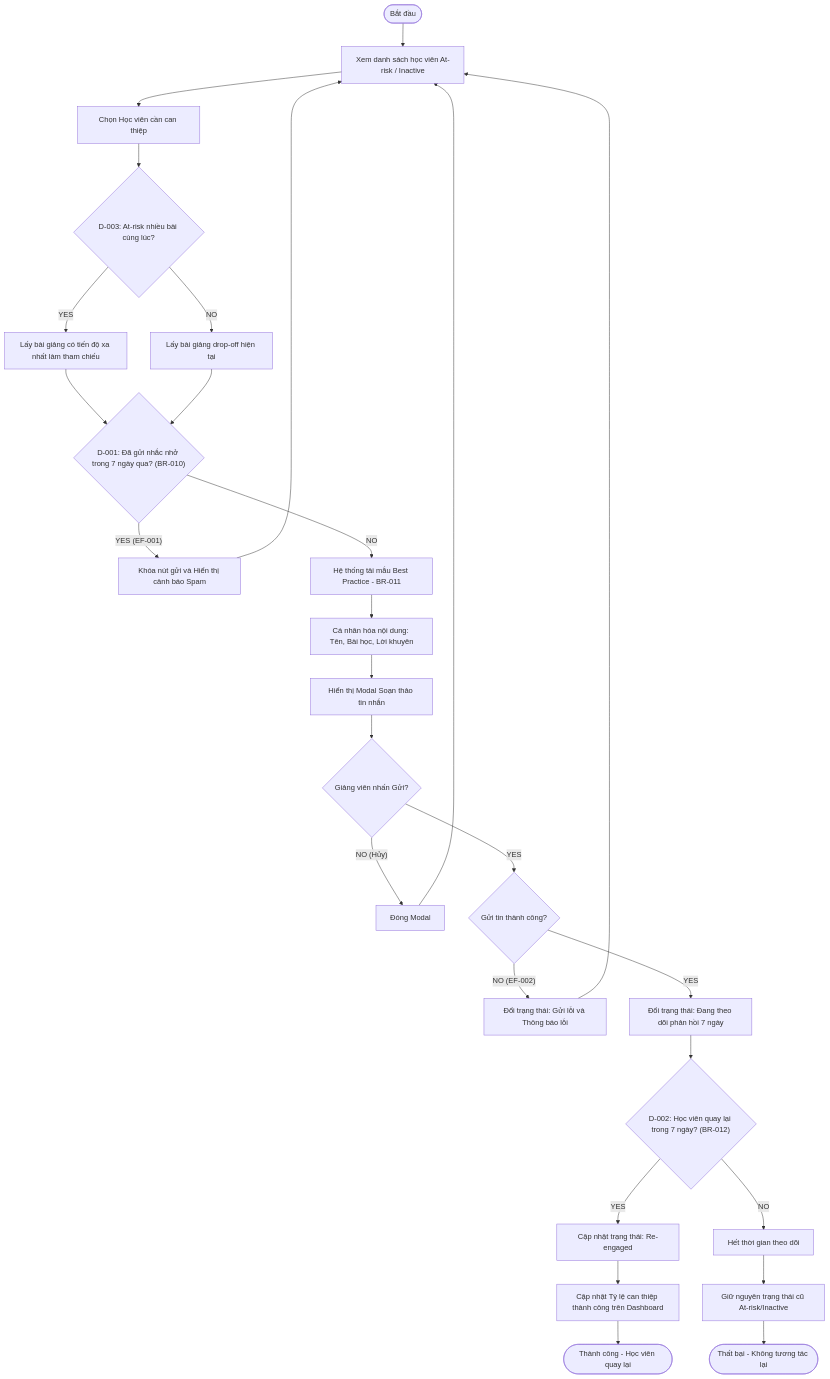
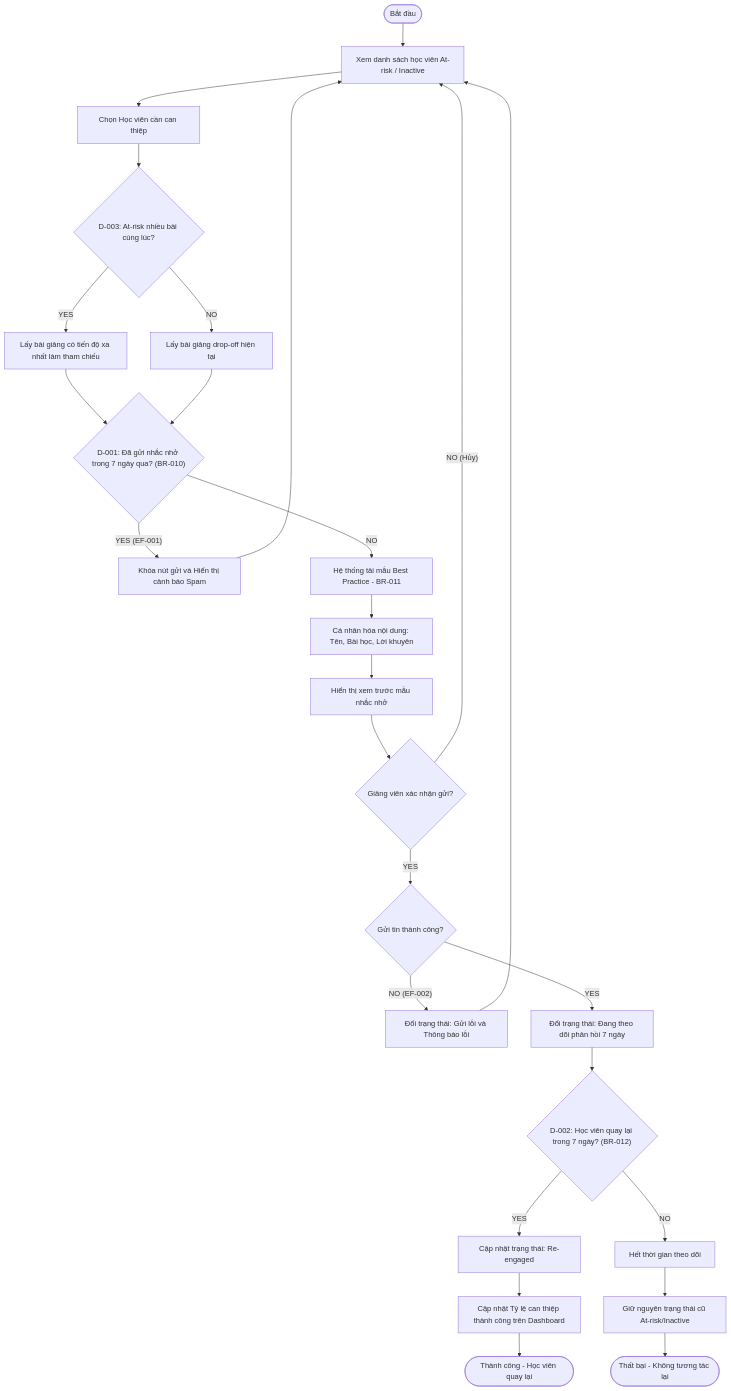
One commit to thungoc123/wetransform_udemy changed the diagram in phase_3_solution_design/wriframe/userflow/UF-004_Student_Intervention.md. Above: the diagram before and after it, drawn with Mermaid. The commit also changed other lines of this file and 5 other files, not shown here.

````diff
--- a/phase_3_solution_design/wriframe/userflow/UF-004_Student_Intervention.md
+++ b/phase_3_solution_design/wriframe/userflow/UF-004_Student_Intervention.md
@@ -115,32 +114,30 @@
 ```mermaid
 flowchart TD
     Start([Bắt đầu]) --> ViewList[Xem danh sách học viên At-risk / Inactive]
     ViewList --> SelectStudent[Chọn Học viên cần can thiệp]
 
     SelectStudent --> CheckMultiRisk{D-003: At-risk nhiều bài cùng lúc?}
     CheckMultiRisk -- YES --> MergeRisk[Lấy bài giảng có tiến độ xa nhất làm tham chiếu] --> CheckSpam
     CheckMultiRisk -- NO --> GetSingleRisk[Lấy bài giảng drop-off hiện tại] --> CheckSpam
 
     CheckSpam{"D-001: Đã gửi nhắc nhở trong 7 ngày qua? (BR-010)"}
     CheckSpam -- "YES (EF-001)" --> BlockIntervene["Khóa nút gửi và Hiển thị cảnh báo Spam"] --> ViewList
     CheckSpam -- NO --> FetchTemplate[Hệ thống tải mẫu Best Practice - BR-011]
 
     FetchTemplate --> Personalize[Cá nhân hóa nội dung: Tên, Bài học, Lời khuyên]
-    Personalize --> ShowModal[Hiển thị Modal Soạn thảo tin nhắn]
-
-    ShowModal --> ClickSend{Giảng viên nhấn Gửi?}
-    ClickSend -- "NO (Hủy)" --> CloseModal[Đóng Modal] --> ViewList
-
-    ClickSend -- YES --> CheckDelivery{Gửi tin thành công?}
+    Personalize --> PreviewTemplate[Hiển thị xem trước mẫu nhắc nhở]
+    PreviewTemplate --> ConfirmSend{Giảng viên xác nhận gửi?}
+    ConfirmSend -- "NO (Hủy)" --> ViewList
+    ConfirmSend -- YES --> CheckDelivery{Gửi tin thành công?}
     CheckDelivery -- "NO (EF-002)" --> SetDeliveryError["Đổi trạng thái: Gửi lỗi và Thông báo lỗi"] --> ViewList
     CheckDelivery -- YES --> SetMonitoring[Đổi trạng thái: Đang theo dõi phản hồi 7 ngày]
 
     SetMonitoring --> ActiveWait{"D-002: Học viên quay lại trong 7 ngày? (BR-012)"}
     ActiveWait -- YES --> SetReengaged[Cập nhật trạng thái: Re-engaged]
     SetReengaged --> UpdateStats[Cập nhật Tỷ lệ can thiệp thành công trên Dashboard]
     UpdateStats --> SuccessState([Thành công - Học viên quay lại])
 
     ActiveWait -- NO --> ExpireMonitor[Hết thời gian theo dõi]
     ExpireMonitor --> SetFailure[Giữ nguyên trạng thái cũ At-risk/Inactive]
     SetFailure --> FailureState([Thất bại - Không tương tác lại])
 ```
````
